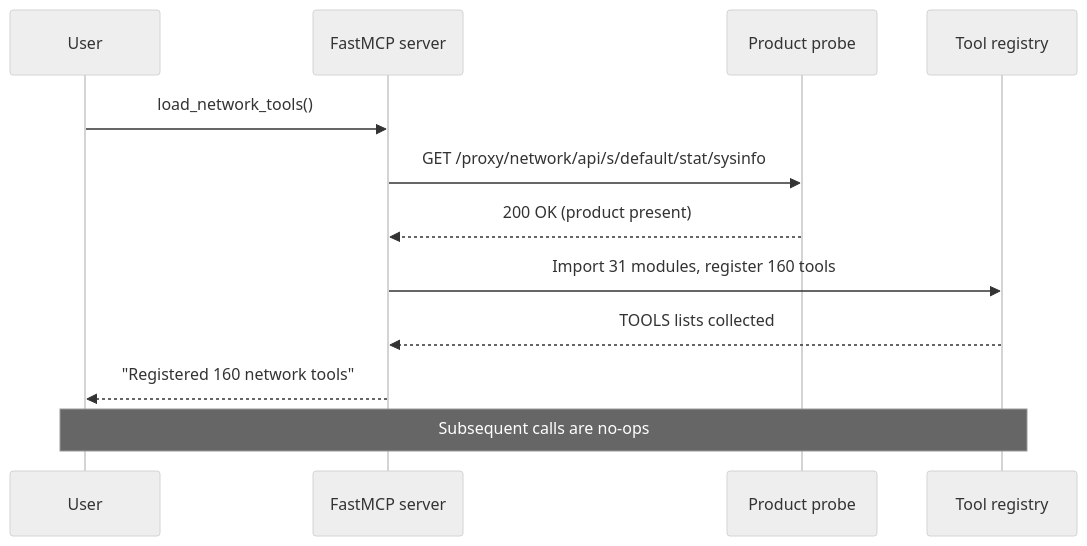
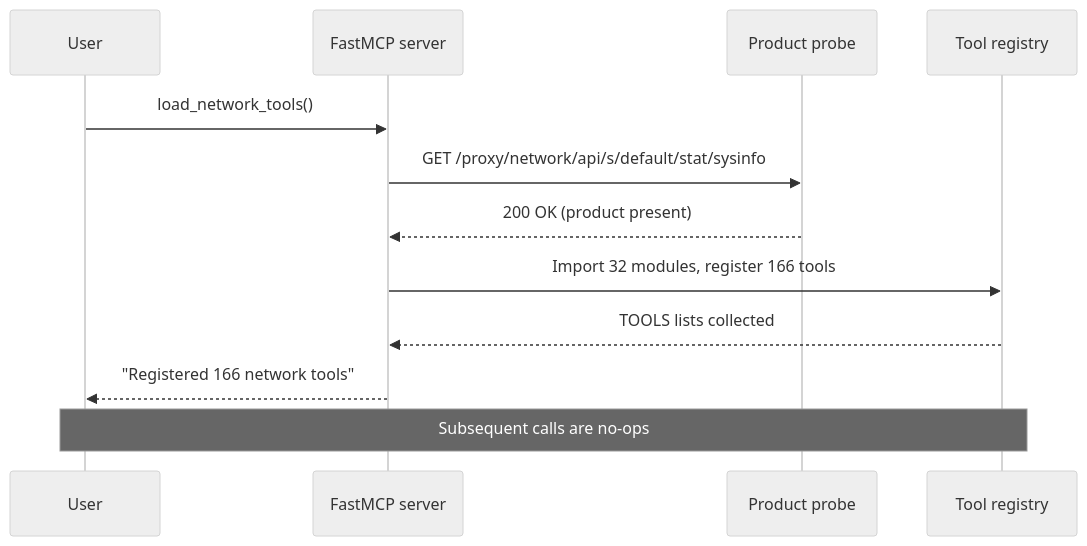
One commit to chris2ao/unifi-mcp changed the second of 3 diagrams in README.md. Above: the diagram before and after it, drawn with Mermaid (neutral theme). The commit also changed other lines of this file and 36 other files, not shown here.

````diff
--- a/README.md
+++ b/README.md
@@ -322,14 +326,14 @@
 ```mermaid
 sequenceDiagram
     participant User
     participant MCP as FastMCP server
     participant Probe as Product probe
     participant Tools as Tool registry
     User->>MCP: load_network_tools()
     MCP->>Probe: GET /proxy/network/api/s/default/stat/sysinfo
     Probe-->>MCP: 200 OK (product present)
-    MCP->>Tools: Import 31 modules, register 160 tools
+    MCP->>Tools: Import 32 modules, register 166 tools
     Tools-->>MCP: TOOLS lists collected
-    MCP-->>User: "Registered 160 network tools"
+    MCP-->>User: "Registered 166 network tools"
     Note over User,Tools: Subsequent calls are no-ops
 ```
````
